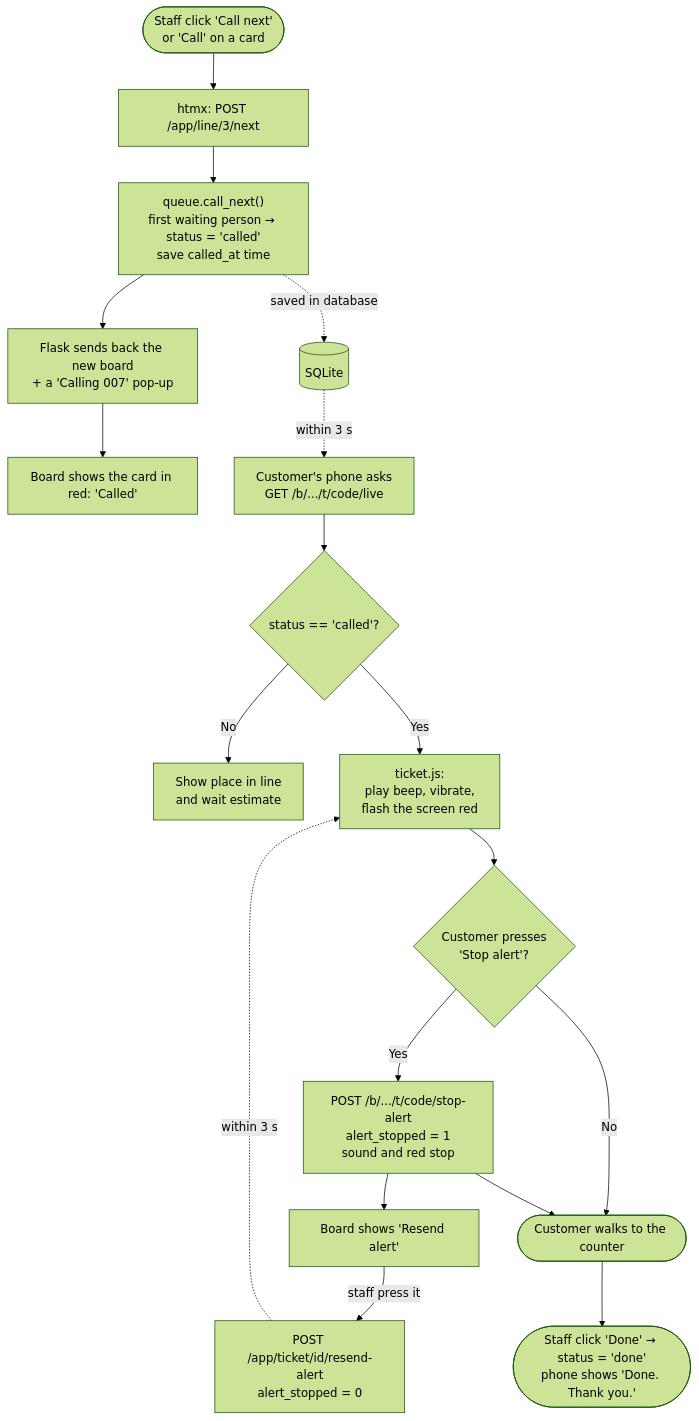
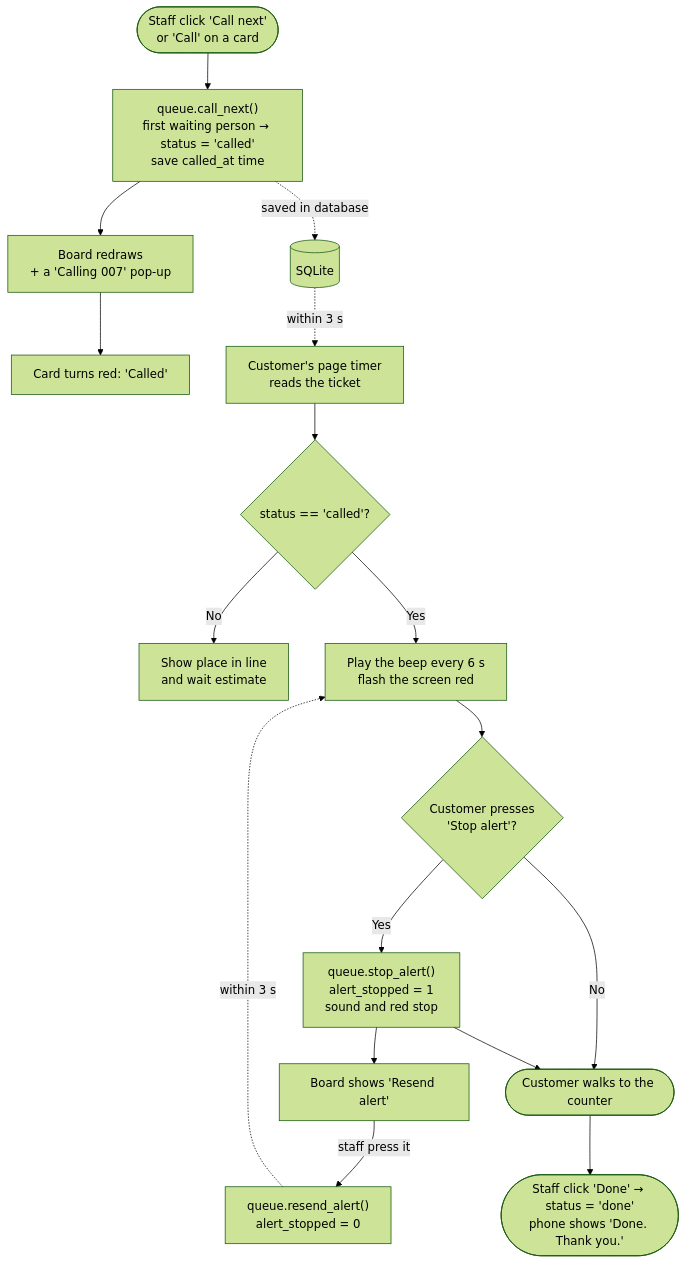
One commit to unwacko/dashQ_deployed changed the seventh of 11 diagrams in dashQ_how_it_works.md. Above: the diagram before and after it, drawn with Mermaid (forest theme). The commit also changed other lines of this file and 60 other files, not shown here.

````diff
--- a/dashQ_how_it_works.md
+++ b/dashQ_how_it_works.md
@@ -302,21 +341,20 @@
 ```mermaid
 flowchart TD
-    A([Staff click 'Call next'<br/>or 'Call' on a card]) --> B["htmx: POST /app/line/3/next"]
-    B --> C["queue.call_next()<br/>first waiting person → status = 'called'<br/>save called_at time"]
-    C --> D[Flask sends back the new board<br/>+ a 'Calling 007' pop-up]
-    D --> E[Board shows the card in red: 'Called']
+    A([Staff click 'Call next'<br/>or 'Call' on a card]) --> C["queue.call_next()<br/>first waiting person → status = 'called'<br/>save called_at time"]
+    C --> D[Board redraws<br/>+ a 'Calling 007' pop-up]
+    D --> E[Card turns red: 'Called']
 
     C -.saved in database.-> F[(SQLite)]
-    F -.within 3 s.-> G["Customer's phone asks<br/>GET /b/.../t/code/live"]
+    F -.within 3 s.-> G[Customer's page timer<br/>reads the ticket]
     G --> H{status == 'called'?}
     H -- No --> I[Show place in line<br/>and wait estimate]
-    H -- Yes --> J[ticket.js:<br/>play beep, vibrate,<br/>flash the screen red]
+    H -- Yes --> J[Play the beep every 6 s<br/>flash the screen red]
     J --> S{Customer presses<br/>'Stop alert'?}
-    S -- Yes --> T["POST /b/.../t/code/stop-alert<br/>alert_stopped = 1<br/>sound and red stop"]
+    S -- Yes --> T["queue.stop_alert()<br/>alert_stopped = 1<br/>sound and red stop"]
     T --> U[Board shows 'Resend alert']
-    U -- staff press it --> V["POST /app/ticket/id/resend-alert<br/>alert_stopped = 0"]
+    U -- staff press it --> V["queue.resend_alert()<br/>alert_stopped = 0"]
     V -.within 3 s.-> J
     S -- No --> K([Customer walks to the counter])
     T --> K
     K --> L([Staff click 'Done' → status = 'done'<br/>phone shows 'Done. Thank you.'])
 ```
````
